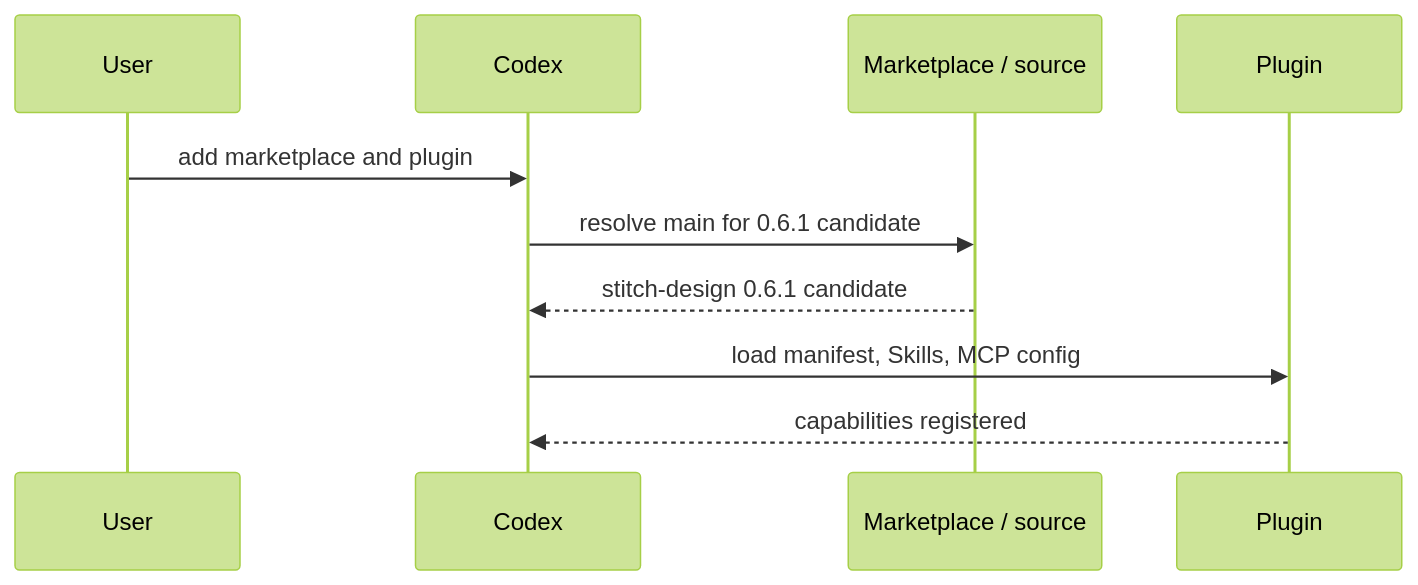
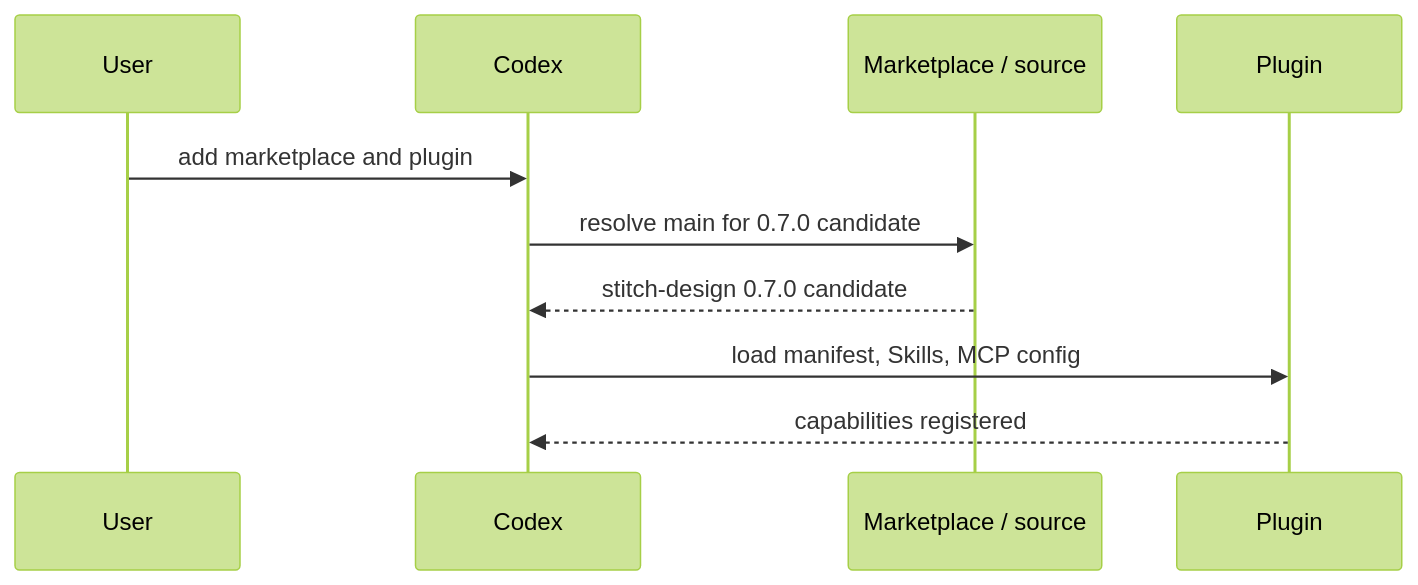
Before and after one commit to full-stack-plugins/stitch-design-plugin: the seventh of 11 diagrams in docs/Stitch-Design-Architecture.md, drawn with Mermaid (forest theme). The commit also changed other lines of this file and 16 other files, not shown here.

First line of the commit message:
chore: prepare Stitch Design 0.7.0 release

````diff
--- a/docs/Stitch-Design-Architecture.md
+++ b/docs/Stitch-Design-Architecture.md
@@ -160,12 +160,12 @@
 ```mermaid
 sequenceDiagram
     participant U as User
     participant C as Codex
     participant M as Marketplace / source
     participant P as Plugin
     U->>C: add marketplace and plugin
-    C->>M: resolve main for 0.6.1 candidate
-    M-->>C: stitch-design 0.6.1 candidate
+    C->>M: resolve main for 0.7.0 candidate
+    M-->>C: stitch-design 0.7.0 candidate
     C->>P: load manifest, Skills, MCP config
     P-->>C: capabilities registered
 ```
````
